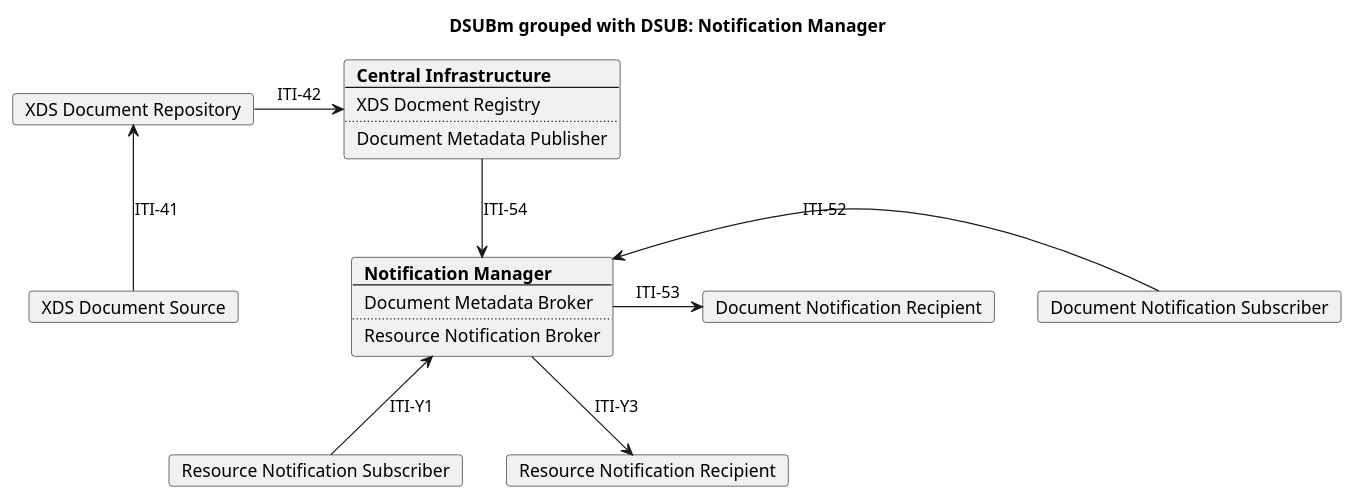
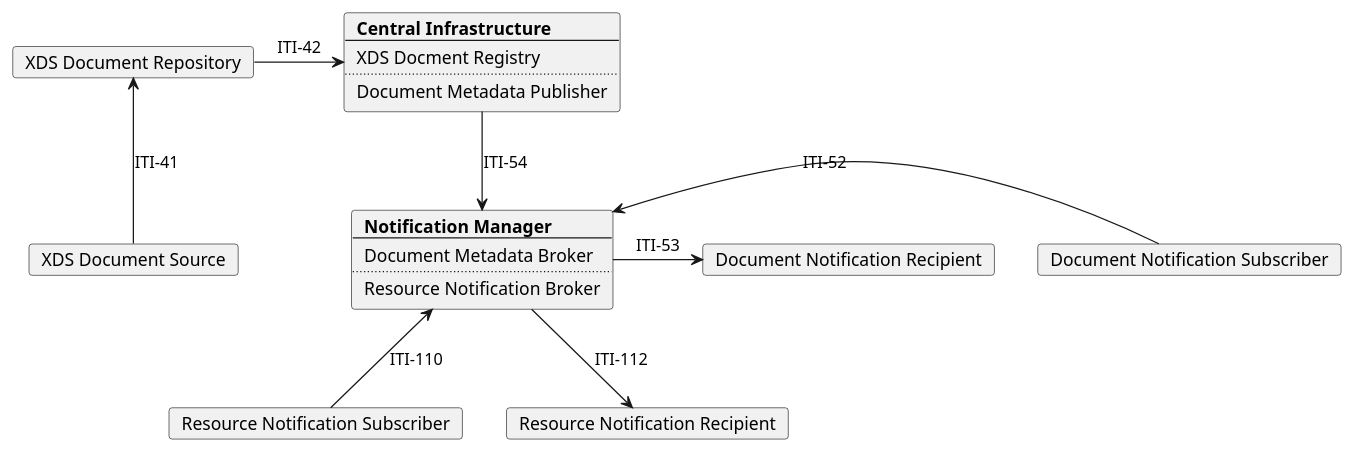
Before and after one commit to IHE/ITI.DSUBm: the diagram in input/images-source/model_DSUB.plantuml, drawn with PlantUML. The commit also changed 13 other files, not shown here.

```diff
--- a/input/images-source/model_DSUB.plantuml
+++ b/input/images-source/model_DSUB.plantuml
@@ -1,46 +1,46 @@
 @startuml
 skinparam svgDimensionStyle false
 skinparam componentStyle rectangle
 
 hide footbox
-title "DSUBm grouped with DSUB: Notification Manager" 
+/' title "DSUBm grouped with DSUB: Notification Manager" '/
 
 card "XDS Document Source" as Source
 card "XDS Document Repository" as Repo
 
 card  Central [
   <b>Central Infrastructure
   ----
   XDS Docment Registry
   ....
   Document Metadata Publisher
 ]
 
 card Broker [
   <b>Notification Manager
   ----
   Document Metadata Broker
   ....
   Resource Notification Broker
 ]
 
 card "Document Notification Subscriber" as DSUB_Subsciber 
 card "Document Notification Recipient" as DSUB_Recipient 
 
 card "Resource Notification Subscriber" as DSUBm_Subsciber 
 card "Resource Notification Recipient" as DSUBm_Recipient 
 
-DSUBm_Subsciber -u-> Broker: ITI-Y1
+DSUBm_Subsciber -u-> Broker: ITI-110
 
 Source -u-> Repo: ITI-41
 Repo -r-> Central: ITI-42
 Central -d-> Broker: ITI-54
 
 
 DSUB_Subsciber -l->Broker: ITI-52
 Broker-r-> DSUB_Recipient: ITI-53
-Broker -d-> DSUBm_Recipient: ITI-Y3
+Broker -d-> DSUBm_Recipient: ITI-112
 
 
 
 @enduml
```
